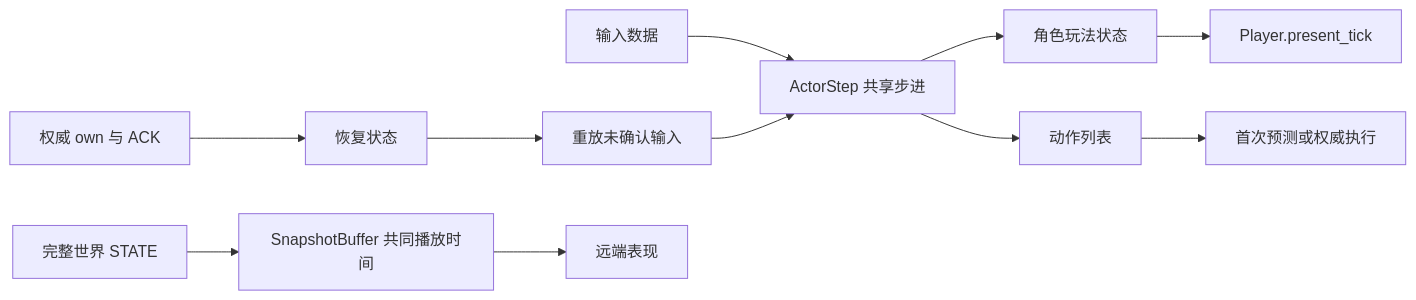
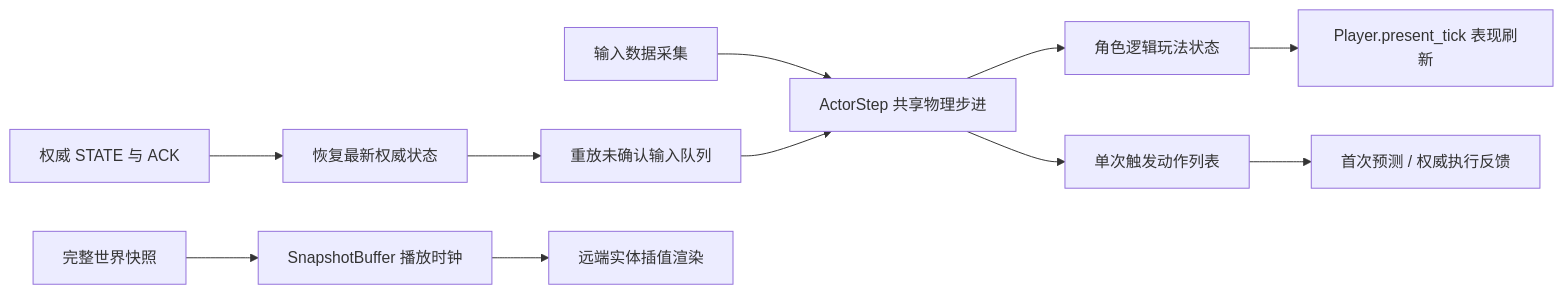
The diagram in docs/eng/architecture_references.md (aleksey-45/the-cyancular-ruins), drawn with Mermaid before and after one commit. The commit also changed other lines of this file and 92 other files, not shown here.

````diff
--- a/docs/eng/architecture_references.md
+++ b/docs/eng/architecture_references.md
@@ -20,13 +22,13 @@
 ```mermaid
 flowchart LR
-    Input[输入数据] --> Step[ActorStep 共享步进]
-    Step --> State[角色玩法状态]
-    Step --> Actions[动作列表]
-    Actions --> First[首次预测或权威执行]
-    State --> Present[Player.present_tick]
-    Auth[权威 own 与 ACK] --> Restore[恢复状态]
-    Restore --> Replay[重放未确认输入]
+    Input[输入数据采集] --> Step[ActorStep 共享物理步进]
+    Step --> State[角色逻辑玩法状态]
+    Step --> Actions[单次触发动作列表]
+    Actions --> First[首次预测 / 权威执行反馈]
+    State --> Present[Player.present_tick 表现刷新]
+    Auth[权威 STATE 与 ACK] --> Restore[恢复最新权威状态]
+    Restore --> Replay[重放未确认输入队列]
     Replay --> Step
-    Snap[完整世界 STATE] --> Playback[SnapshotBuffer 共同播放时间]
-    Playback --> Remote[远端表现]
+    Snap[完整世界快照] --> Playback[SnapshotBuffer 播放时钟]
+    Playback --> Remote[远端实体插值渲染]
 ```
````
